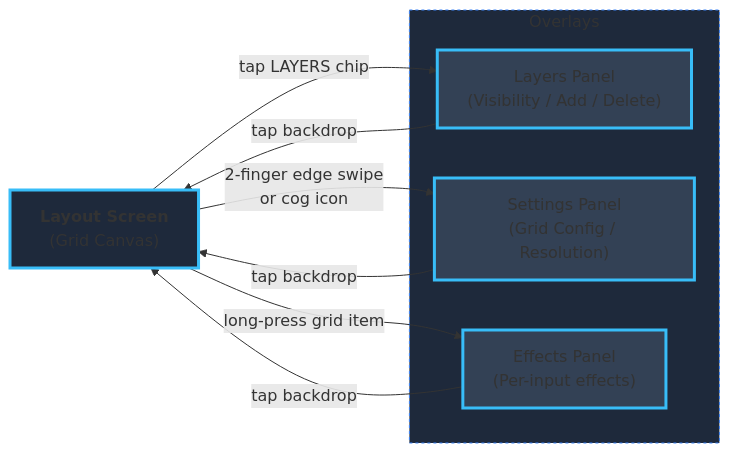
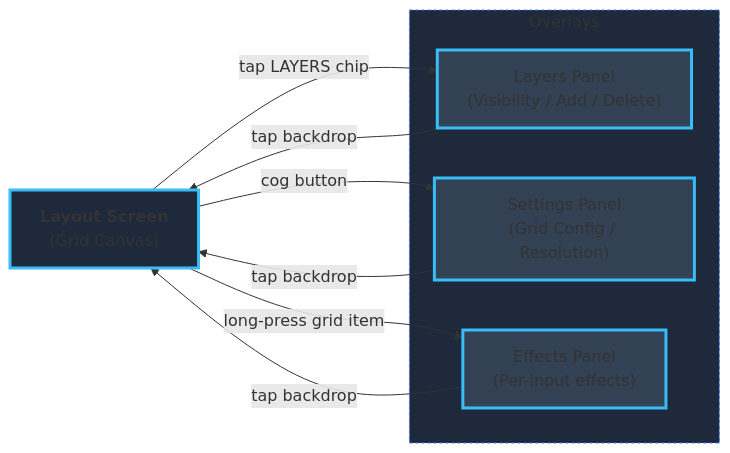
One commit to smelter-labs/smelter-editor changed the second of 4 diagrams in mobile_app/README.md. Above: the diagram before and after it, drawn with Mermaid. The commit also changed other lines of this file and 14 other files, not shown here.

````diff
--- a/mobile_app/README.md
+++ b/mobile_app/README.md
@@ -68,26 +67,26 @@
 ```mermaid
 %%{init: {'flowchart': {'curve': 'basis'}} }%%
 flowchart LR
     Main["<b>Layout Screen</b><br/>(Grid Canvas)"]
 
     subgraph Overlays ["Overlays"]
         Layers["Layers Panel<br/>(Visibility / Add / Delete)"]
         Settings["Settings Panel<br/>(Grid Config / Resolution)"]
         Effects["Effects Panel<br/>(Per-input effects)"]
     end
 
     Main -->|"tap LAYERS chip"| Layers
     Layers -->|"tap backdrop"| Main
 
-    Main -->|"2-finger edge swipe<br/>or cog icon"| Settings
+    Main -->|"cog button"| Settings
     Settings -->|"tap backdrop"| Main
 
     Main -->|"long-press grid item"| Effects
     Effects -->|"tap backdrop"| Main
 
     style Main fill:#1E293B,stroke:#38BDF8,stroke-width:3px
     style Layers fill:#334155,stroke:#38BDF8,stroke-width:3px
     style Settings fill:#334155,stroke:#38BDF8,stroke-width:3px
     style Effects fill:#334155,stroke:#38BDF8,stroke-width:3px
     style Overlays fill:#1E293B,stroke:#3b82f6,stroke-dasharray: 3 3
 ```
````
